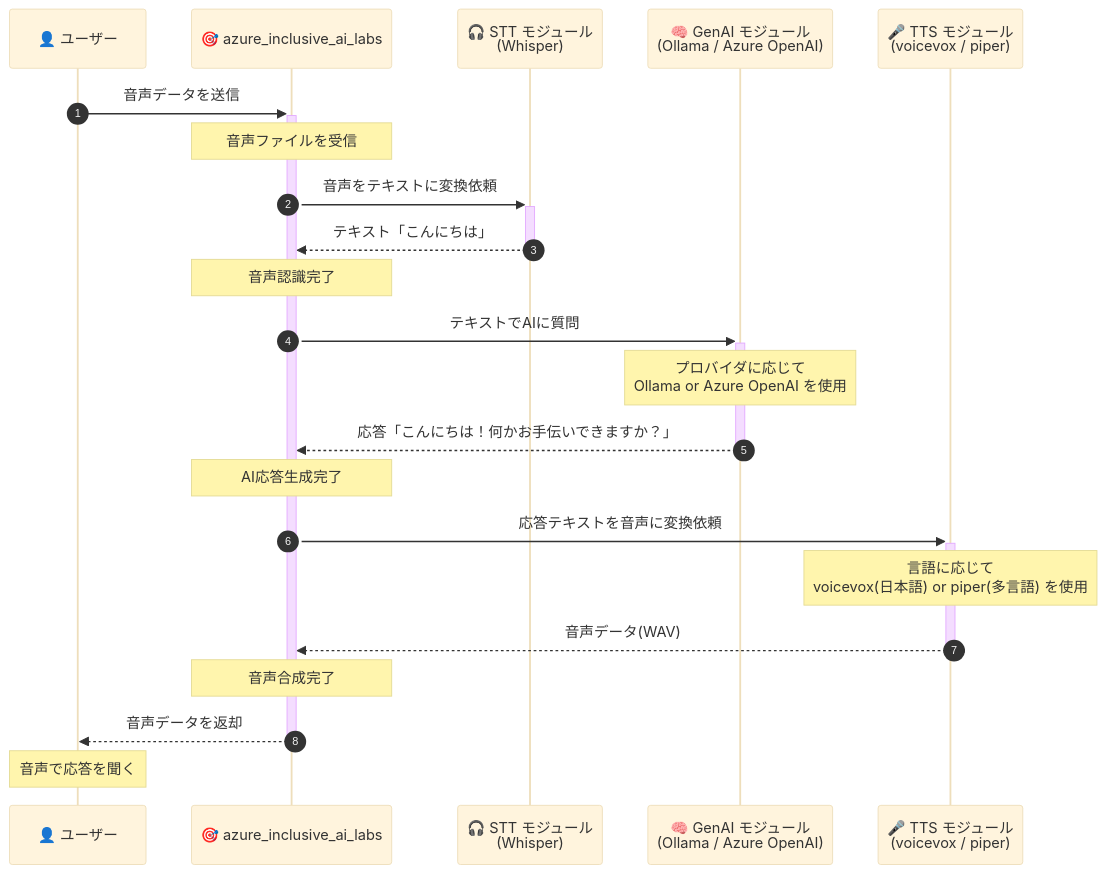
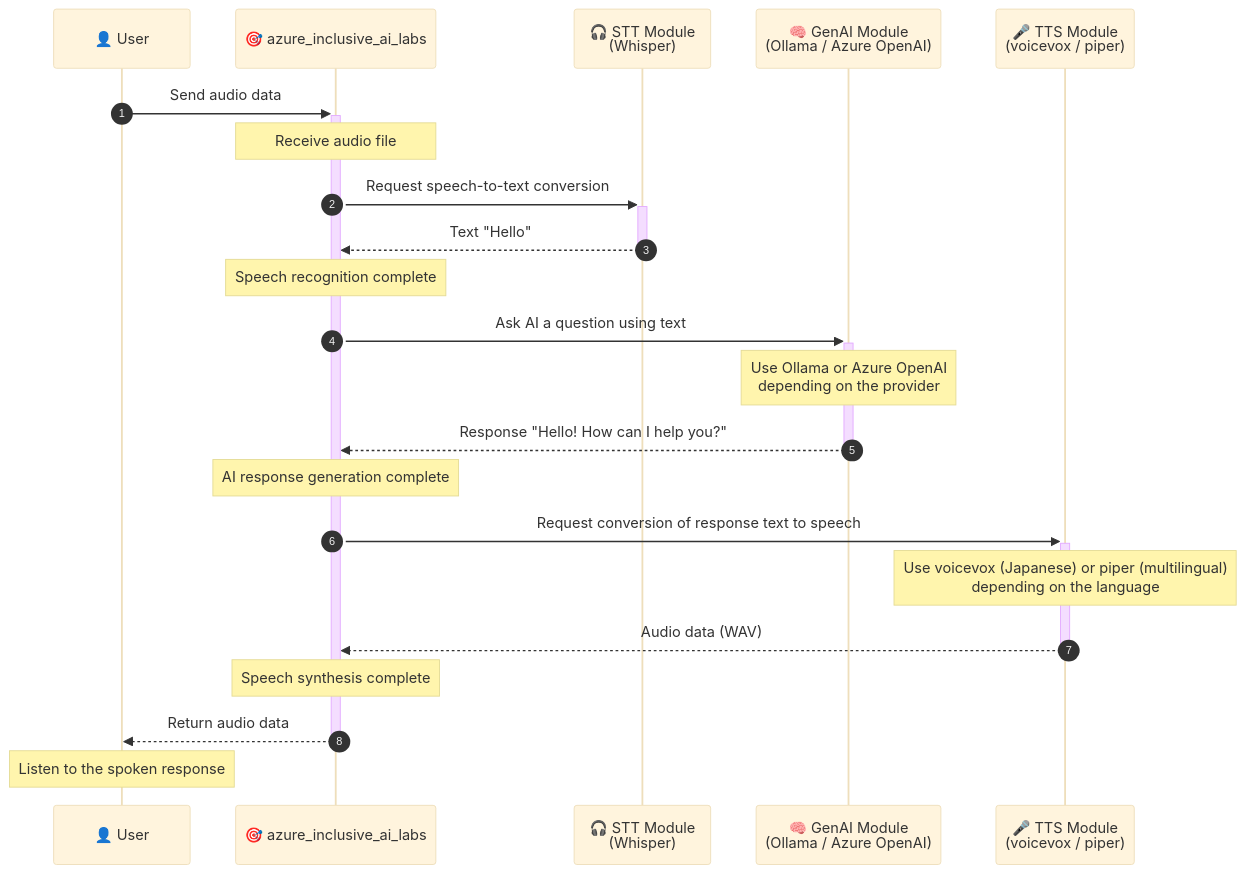
One commit to ks6088ts/template-terraform changed the third of 12 diagrams in infra/scenarios/azure_inclusive_ai_labs/README.md. Above: the diagram before and after it, drawn with Mermaid (base theme). The commit also changed other lines of this file and 28 other files, not shown here.

First line of the commit message:
Add Japanese README files for various Azure scenarios and update existing ones

````diff
--- a/infra/scenarios/azure_inclusive_ai_labs/README.md
+++ b/infra/scenarios/azure_inclusive_ai_labs/README.md
@@ -112,29 +112,29 @@
 ```mermaid
 sequenceDiagram
     autonumber
-    participant User as 👤 ユーザー
+    participant User as 👤 User
     participant API as 🎯 azure_inclusive_ai_labs
-    participant STT as 🎧 STT モジュール<br/>(Whisper)
-    participant LLM as 🧠 GenAI モジュール<br/>(Ollama / Azure OpenAI)
-    participant TTS as 🎤 TTS モジュール<br/>(voicevox / piper)
+    participant STT as 🎧 STT Module<br/>(Whisper)
+    participant LLM as 🧠 GenAI Module<br/>(Ollama / Azure OpenAI)
+    participant TTS as 🎤 TTS Module<br/>(voicevox / piper)
 
-    User->>+API: 音声データを送信
-    Note over API: 音声ファイルを受信
+    User->>+API: Send audio data
+    Note over API: Receive audio file
 
-    API->>+STT: 音声をテキストに変換依頼
-    STT-->>-API: テキスト「こんにちは」
-    Note over API: 音声認識完了
+    API->>+STT: Request speech-to-text conversion
+    STT-->>-API: Text "Hello"
+    Note over API: Speech recognition complete
 
-    API->>+LLM: テキストでAIに質問
-    Note over LLM: プロバイダに応じて<br/>Ollama or Azure OpenAI を使用
-    LLM-->>-API: 応答「こんにちは！何かお手伝いできますか？」
-    Note over API: AI応答生成完了
+    API->>+LLM: Ask AI a question using text
+    Note over LLM: Use Ollama or Azure OpenAI<br/>depending on the provider
+    LLM-->>-API: Response "Hello! How can I help you?"
+    Note over API: AI response generation complete
 
-    API->>+TTS: 応答テキストを音声に変換依頼
-    Note over TTS: 言語に応じて<br/>voicevox(日本語) or piper(多言語) を使用
-    TTS-->>-API: 音声データ(WAV)
-    Note over API: 音声合成完了
+    API->>+TTS: Request conversion of response text to speech
+    Note over TTS: Use voicevox (Japanese) or piper (multilingual)<br/>depending on the language
+    TTS-->>-API: Audio data (WAV)
+    Note over API: Speech synthesis complete
 
-    API-->>-User: 音声データを返却
-    Note over User: 音声で応答を聞く
+    API-->>-User: Return audio data
+    Note over User: Listen to the spoken response
 ```
````
